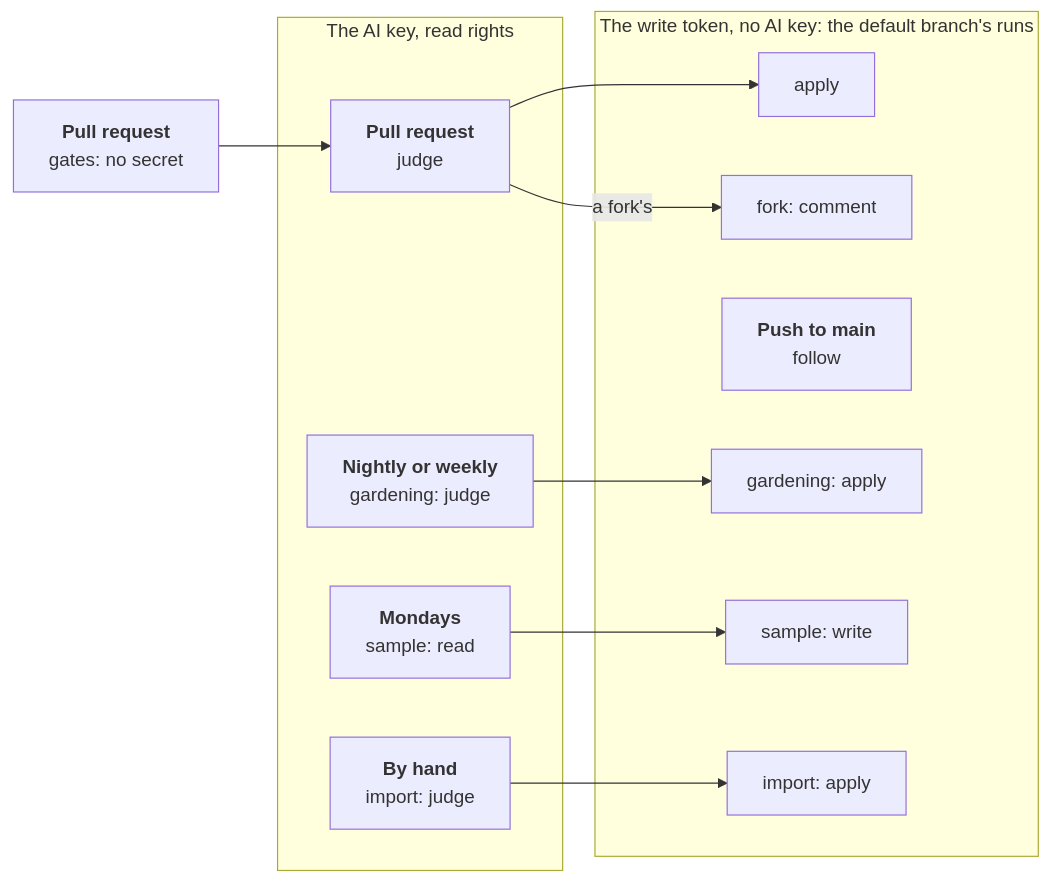
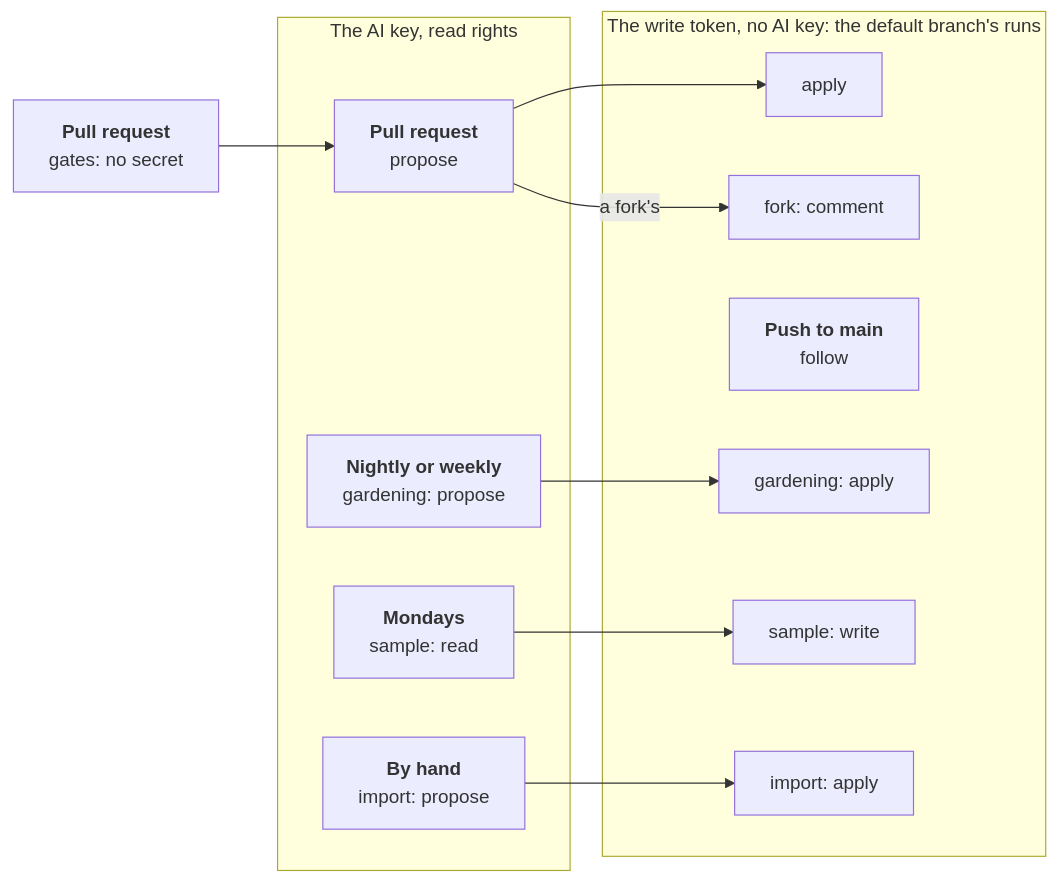
Before and after one commit to JN0V/workline: the diagram in docs/ci-github.md, drawn with Mermaid. The commit also changed other lines of this file and 89 other files, not shown here.

First line of the commit message:
ci!: the job that runs the line is propose, paired with apply

````diff
--- a/docs/ci-github.md
+++ b/docs/ci-github.md
@@ -31,25 +31,25 @@
 ```mermaid
 %%{init: {"flowchart": {"wrappingWidth": 400}}}%%
 flowchart LR
   gates["<b>Pull request</b><br/>gates: no secret"]
   subgraph reads["The AI key, read rights"]
-    judge["<b>Pull request</b><br/>judge"]
-    garden["<b>Nightly or weekly</b><br/>gardening: judge"]
+    propose["<b>Pull request</b><br/>propose"]
+    garden["<b>Nightly or weekly</b><br/>gardening: propose"]
     sample["<b>Mondays</b><br/>sample: read"]
-    import["<b>By hand</b><br/>import: judge"]
+    import["<b>By hand</b><br/>import: propose"]
   end
   subgraph writes["The write token, no AI key: the default branch's runs"]
     apply["apply"]
     fork["fork: comment"]
     follow["<b>Push to main</b><br/>follow"]
     gapply["gardening: apply"]
     swrite["sample: write"]
     iapply["import: apply"]
   end
-  gates --> judge
-  judge --> apply
-  judge -- "a fork's" --> fork
+  gates --> propose
+  propose --> apply
+  propose -- "a fork's" --> fork
   garden --> gapply
   sample --> swrite
   import --> iapply
 ```
````
